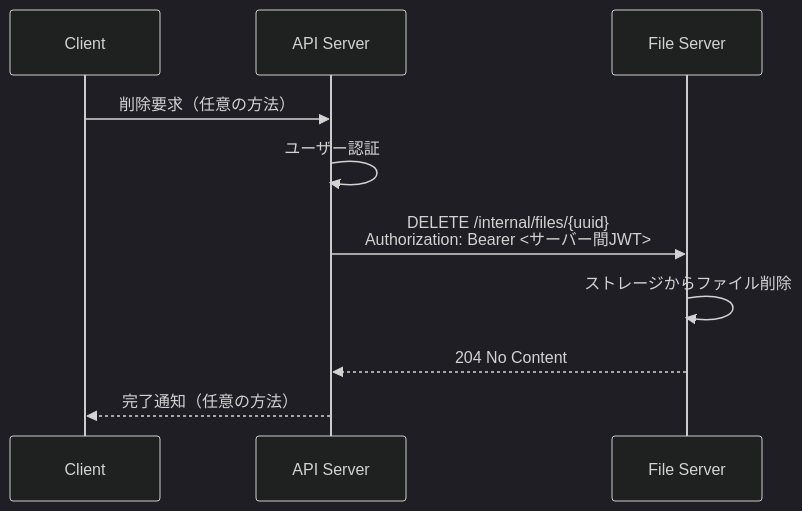
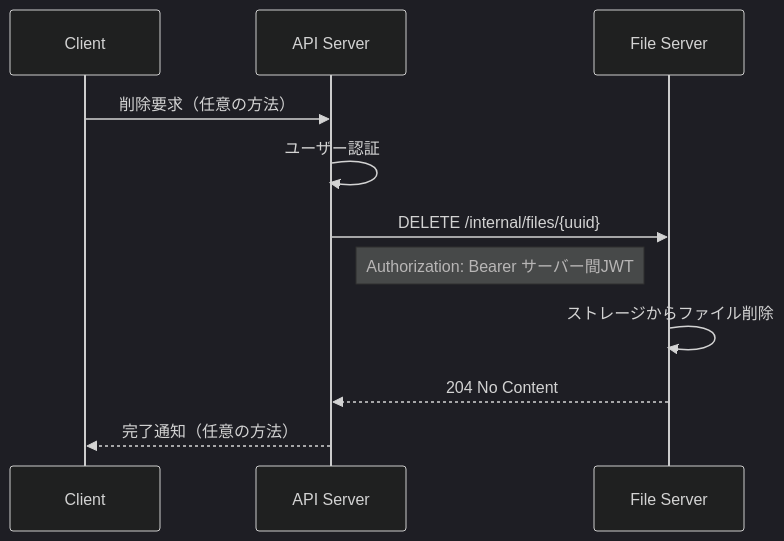
Before and after one commit to kigawa01/kaft: the fourth of 5 diagrams in docs/spec.md, drawn with Mermaid (dark theme). The commit also changed other lines of this file, not shown here.

Commit message:
plan: GETパスを/{uuid}/{filename}に変更・Mermaid構文エラーを修正 refs #2

````diff
--- a/docs/spec.md
+++ b/docs/spec.md
@@ -169,13 +175,14 @@
 ```mermaid
 sequenceDiagram
     participant C as Client
     participant A as API Server
     participant F as File Server
 
     C->>A: 削除要求（任意の方法）
     A->>A: ユーザー認証
-    A->>F: DELETE /internal/files/{uuid}<br/>Authorization: Bearer <サーバー間JWT>
+    A->>F: DELETE /internal/files/{uuid}
+    Note right of A: Authorization: Bearer サーバー間JWT
     F->>F: ストレージからファイル削除
     F-->>A: 204 No Content
     A-->>C: 完了通知（任意の方法）
 ```
````
